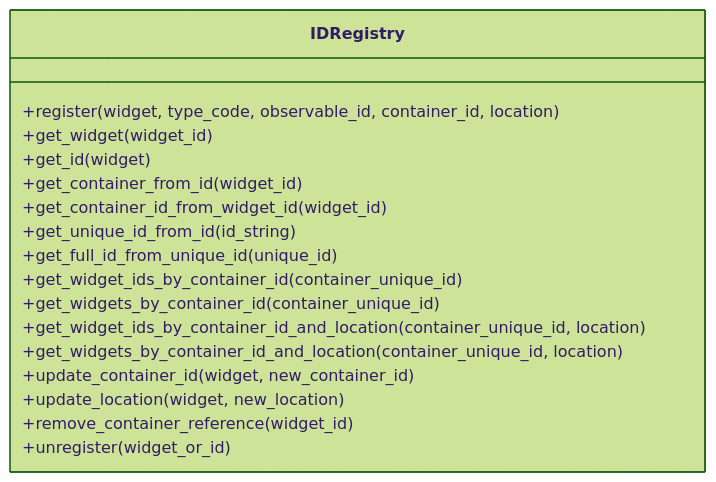
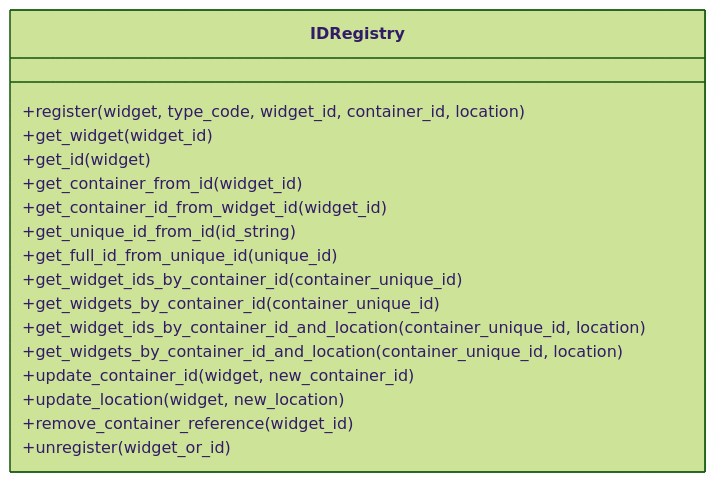
The second of 2 diagrams in command_system/docs/id_system.md (maro7tigre/PySignalDecipher), drawn with Mermaid (forest theme) before and after one commit. The commit also changed other lines of this file and 1 other file, not shown here.

````diff
--- a/command_system/docs/id_system.md
+++ b/command_system/docs/id_system.md
@@ -75,20 +75,20 @@
 ```mermaid
 classDiagram
     class IDRegistry {
-        +register(widget, type_code, observable_id, container_id, location)
+        +register(widget, type_code, widget_id, container_id, location)
         +get_widget(widget_id)
         +get_id(widget)
         +get_container_from_id(widget_id)
         +get_container_id_from_widget_id(widget_id)
         +get_unique_id_from_id(id_string)
         +get_full_id_from_unique_id(unique_id)
         +get_widget_ids_by_container_id(container_unique_id)
         +get_widgets_by_container_id(container_unique_id)
         +get_widget_ids_by_container_id_and_location(container_unique_id, location)
         +get_widgets_by_container_id_and_location(container_unique_id, location)
         +update_container_id(widget, new_container_id)
         +update_location(widget, new_location)
         +remove_container_reference(widget_id)
         +unregister(widget_or_id)
     }
 ```
````
